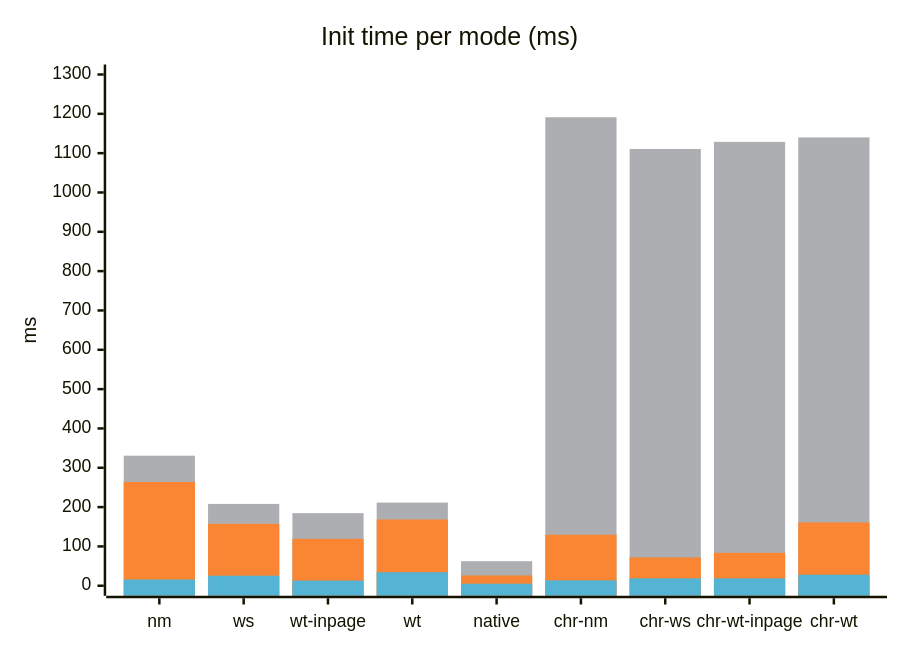
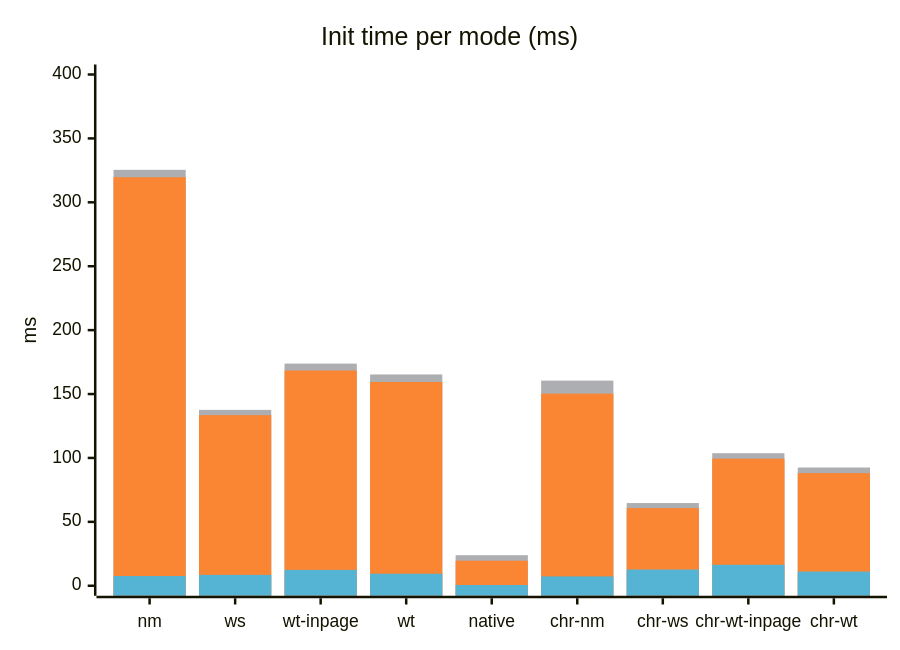
One commit to K4zoku/FF-WebHID changed the first of 6 diagrams in docs/BENCHMARK.md. Above: the diagram before and after it, drawn with Mermaid. The commit also changed other lines of this file, not shown here.

````diff
--- a/docs/BENCHMARK.md
+++ b/docs/BENCHMARK.md
@@ -130,15 +133,15 @@
 ```mermaid
 ---
 config:
   themeVariables:
     xyChart:
       plotColorPalette: '#ADAEB1, #fa8532, #55b4d4'
 ---
 xychart
     title "Init time per mode (ms)"
     x-axis [nm, ws, wt-inpage, wt, native, chr-nm, chr-ws, chr-wt-inpage, chr-wt]
-    y-axis "ms" 0 --> 1300
-    bar "total" [330.7, 208.1, 184.6, 211.5, 62.4, 1191.3, 1110.6, 1128.7, 1139.9]
-    bar "warmup" [263.9, 157.6, 119.2, 168.5, 26.2, 129.7, 71.9, 83.8, 161.1]
-    bar "open" [15.9, 25.6, 13.2, 34.5, 5.2, 13.7, 18.9, 18.8, 28.1]
+    y-axis "ms" 0 --> 400
+    bar "total" [325.4, 137.6, 173.8, 165.3, 23.9, 160.5, 64.7, 103.7, 92.5]
+    bar "warmup" [319.6, 133.5, 168.4, 159.4, 19.6, 150.3, 60.7, 99.4, 88.1]
+    bar "open" [7.6, 8.5, 12.4, 9.4, 0.6, 7.3, 12.7, 16.4, 11.1]
 ```
````
